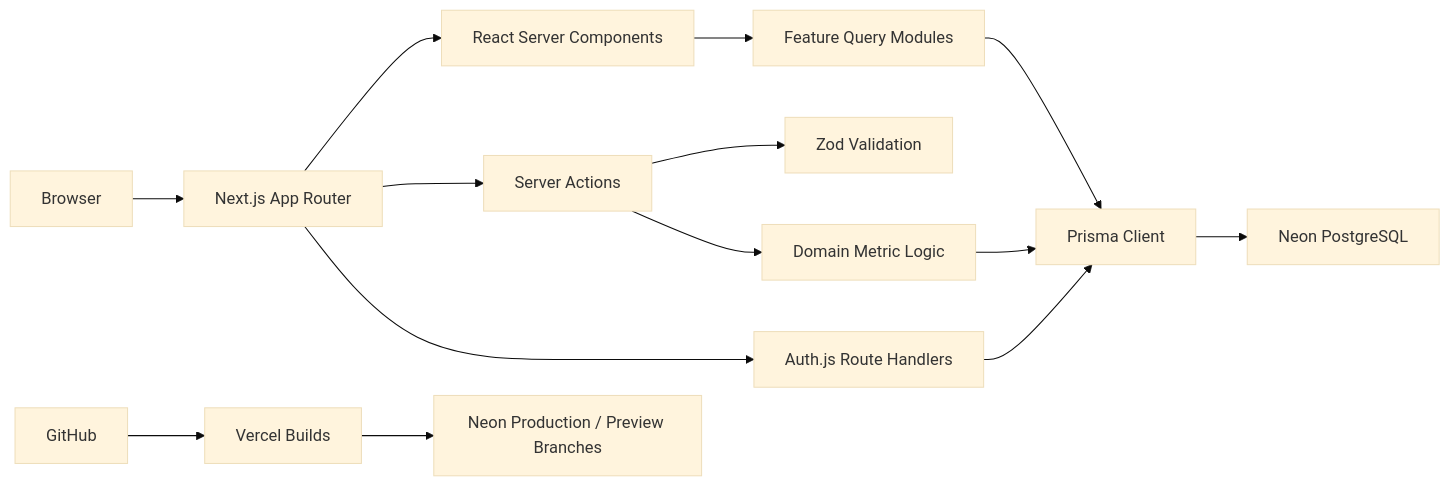
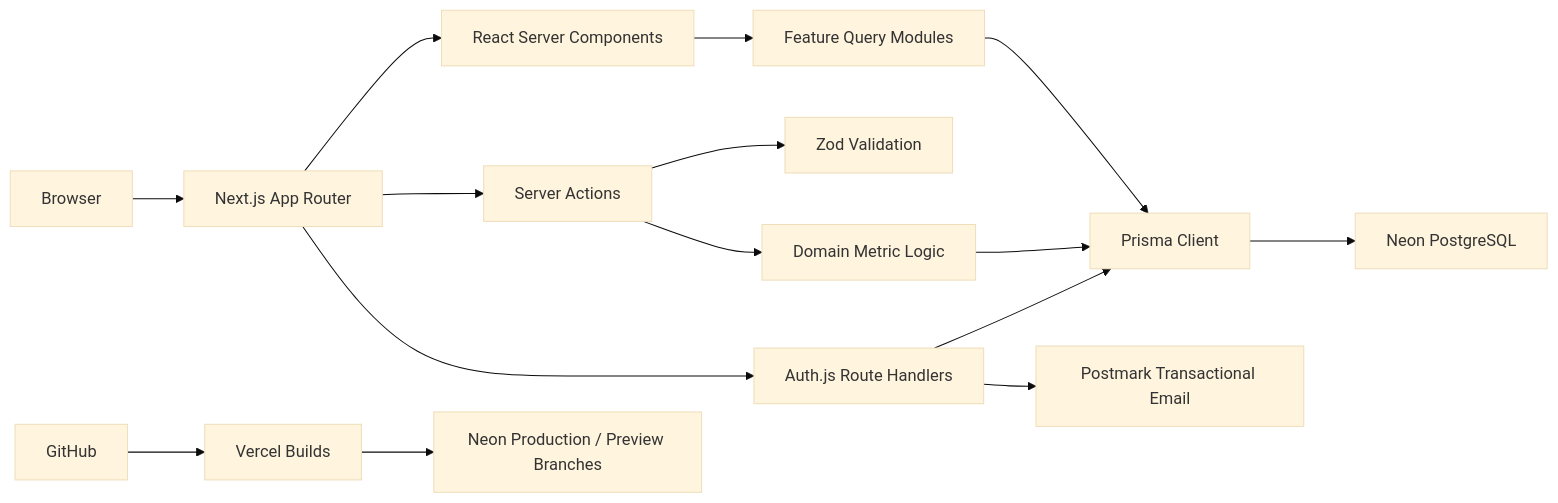
The diagram in README.md (VasileiosZisis/workout-tracker-nextjs.postgresql), drawn with Mermaid (base theme) before and after one commit. The commit also changed other lines of this file and 2 other files, not shown here.

Commit message:
update email content and readme

````diff
--- a/README.md
+++ b/README.md
@@ -55,16 +55,17 @@
 ```mermaid
 flowchart LR
   Browser["Browser"] --> App["Next.js App Router"]
   App --> RSC["React Server Components"]
   App --> Actions["Server Actions"]
   App --> Auth["Auth.js Route Handlers"]
   RSC --> Queries["Feature Query Modules"]
   Actions --> Validation["Zod Validation"]
   Actions --> Domain["Domain Metric Logic"]
   Auth --> Prisma["Prisma Client"]
+  Auth --> Postmark["Postmark Transactional Email"]
   Queries --> Prisma
   Domain --> Prisma
   Prisma --> Neon["Neon PostgreSQL"]
   GitHub["GitHub"] --> Vercel["Vercel Builds"]
   Vercel --> NeonBranches["Neon Production / Preview Branches"]
 ```
````
